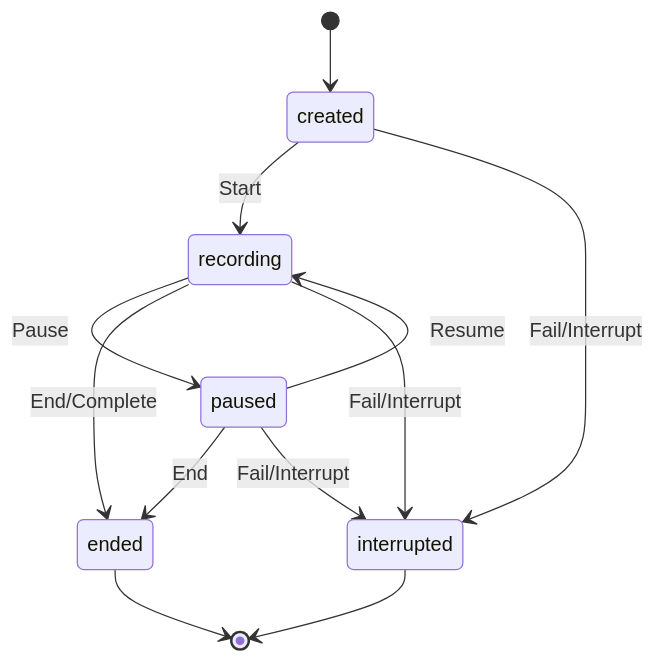
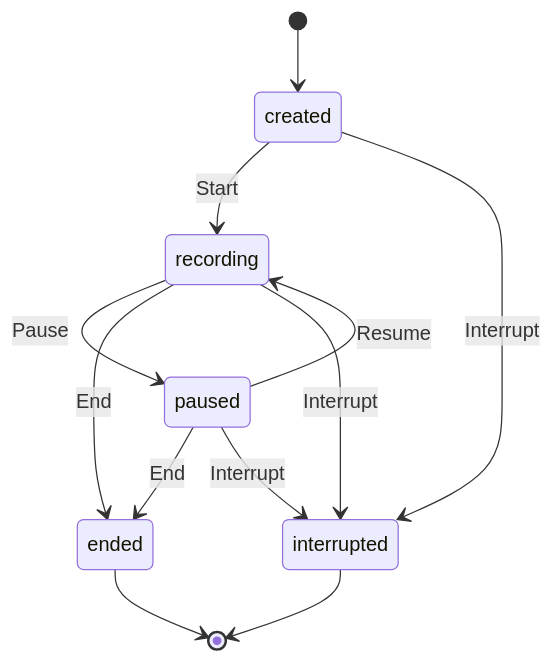
Before and after one commit to Capsule7446/healix-core: the second of 2 diagrams in docs/domains/sampling.md, drawn with Mermaid. The commit also changed other lines of this file and 65 other files, not shown here.

````diff
--- a/docs/domains/sampling.md
+++ b/docs/domains/sampling.md
@@ -46,14 +46,14 @@
 ```mermaid
 stateDiagram-v2
   [*] --> created
   created --> recording: Start
   recording --> paused: Pause
   paused --> recording: Resume
-  recording --> ended: End/Complete
+  recording --> ended: End
   paused --> ended: End
-  created --> interrupted: Fail/Interrupt
-  recording --> interrupted: Fail/Interrupt
-  paused --> interrupted: Fail/Interrupt
+  created --> interrupted: Interrupt
+  recording --> interrupted: Interrupt
+  paused --> interrupted: Interrupt
   ended --> [*]
   interrupted --> [*]
 ```
````
